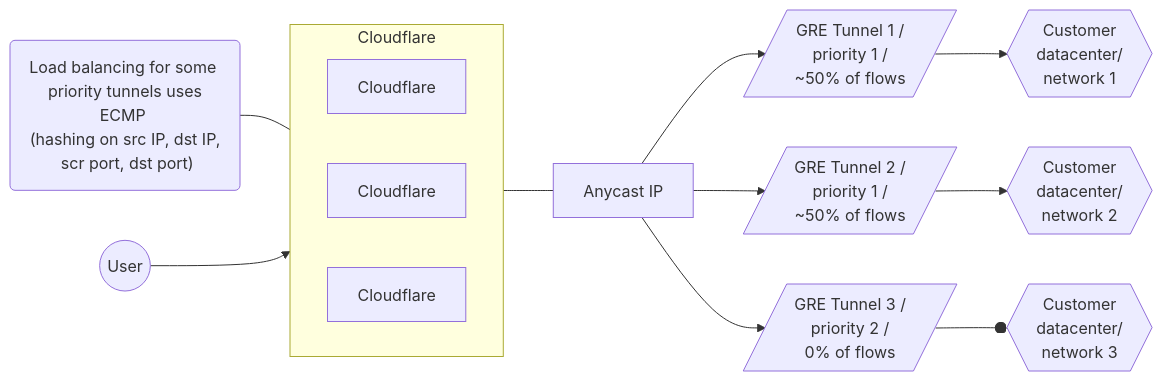
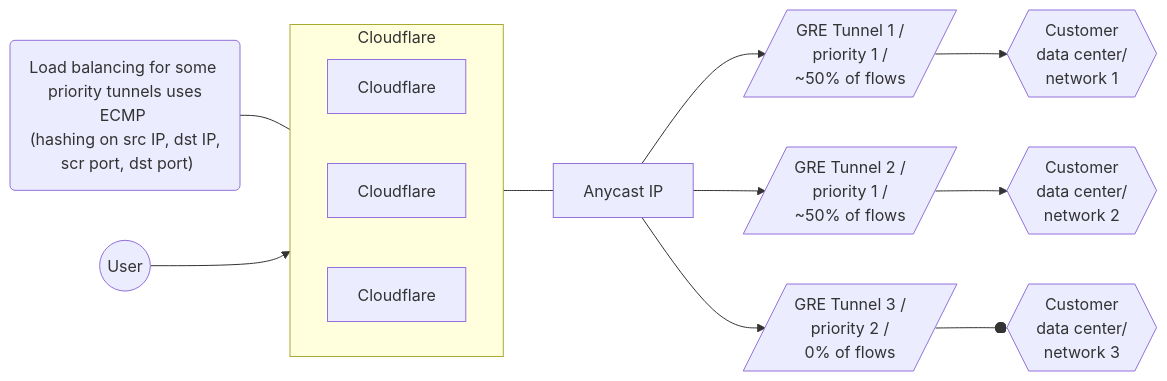
Before and after one commit to cloudflare/cloudflare-docs: the second of 4 diagrams in content/magic-transit/_partials/_traffic-steering.md, drawn with Mermaid. The commit also changed other lines of this file, not shown here.

````diff
--- a/content/magic-transit/_partials/_traffic-steering.md
+++ b/content/magic-transit/_partials/_traffic-steering.md
@@ -61,18 +61,18 @@
 ```mermaid
 flowchart LR
 accTitle: Tunnels diagram
 accDescr: This example has three tunnel routes, with traffic equally distributed across two paths.
 
 subgraph Cloudflare
 direction LR
 B[Cloudflare]
 C[Cloudflare]
 D[Cloudflare]
 end
 
 Z("Load balancing for some <br> priority tunnels uses ECMP <br> (hashing on src IP, dst IP, <br> scr port, dst port)") --- Cloudflare
 A((User)) --> Cloudflare --- E[Anycast IP]
-E[Anycast IP] --> F[/"GRE Tunnel 1 / <br> priority 1 / <br> ~50% of flows"/] --> I{{Customer <br> datacenter/ <br> network 1}}
-E[Anycast IP] --> G[/"GRE Tunnel 2 / <br> priority 1 / <br> ~50% of flows"/] --> J{{Customer <br> datacenter/ <br> network 2}}
-E[Anycast IP] --> H[/GRE Tunnel 3 / <br> priority 2 / <br> 0% of flows/] --o K{{Customer <br> datacenter/ <br> network 3}}
+E[Anycast IP] --> F[/"GRE Tunnel 1 / <br> priority 1 / <br> ~50% of flows"/] --> I{{Customer <br> data center/ <br> network 1}}
+E[Anycast IP] --> G[/"GRE Tunnel 2 / <br> priority 1 / <br> ~50% of flows"/] --> J{{Customer <br> data center/ <br> network 2}}
+E[Anycast IP] --> H[/GRE Tunnel 3 / <br> priority 2 / <br> 0% of flows/] --o K{{Customer <br> data center/ <br> network 3}}
 ```
````
